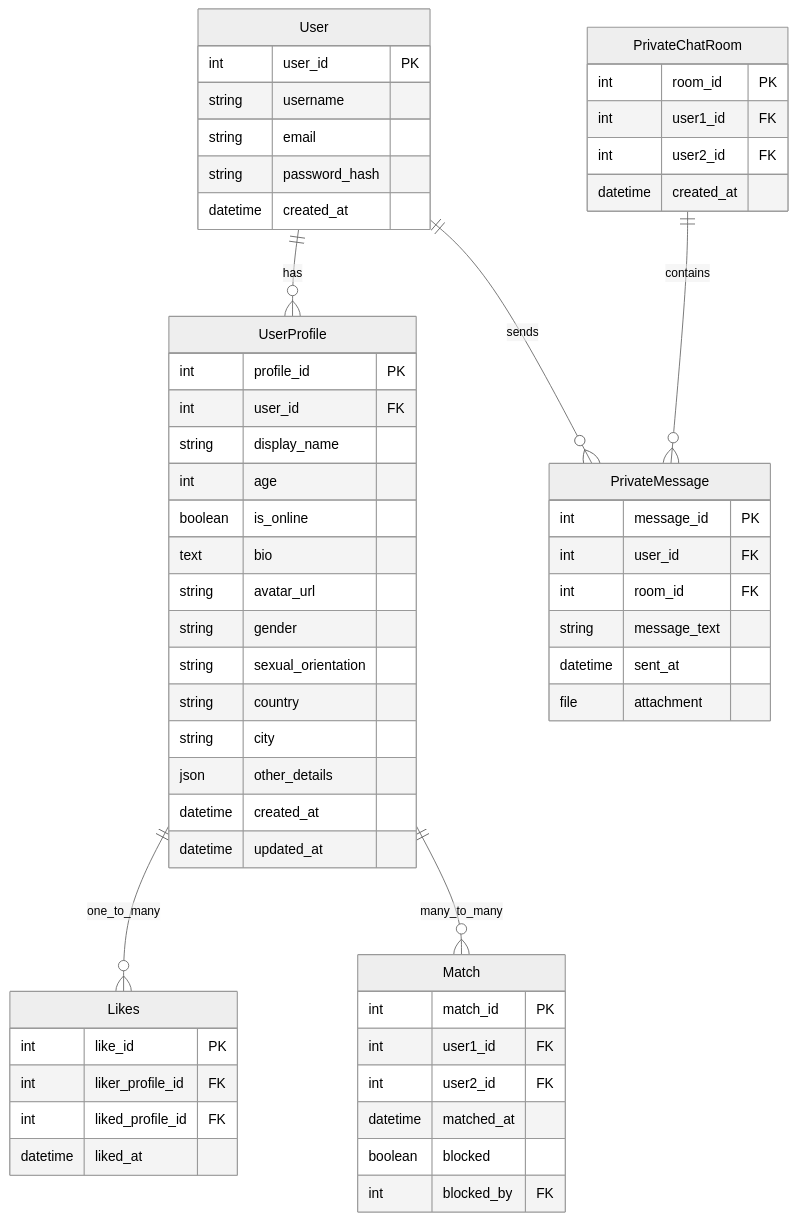
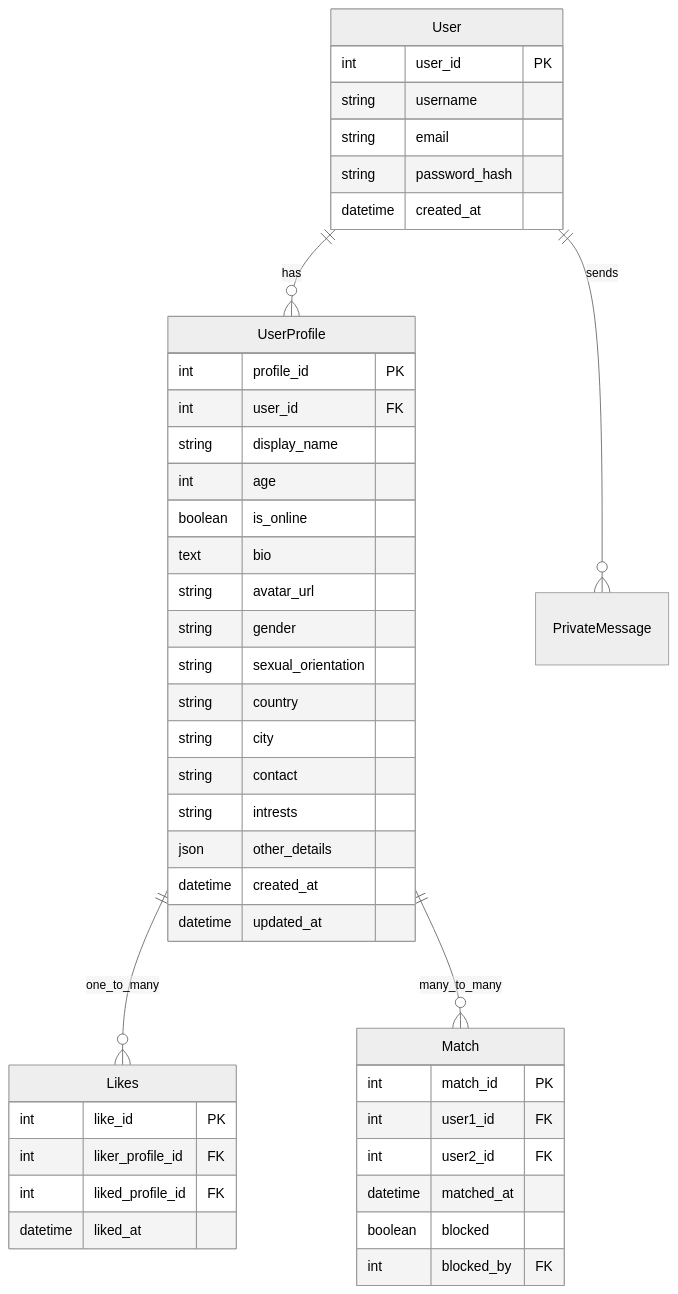
Before and after one commit to dimitri-edel/team-5: the diagram in README.md, drawn with Mermaid (neutral theme). The commit also changed 3 other files, not shown here.

Commit message:
update ERD in readme

````diff
--- a/README.md
+++ b/README.md
@@ -60,62 +60,49 @@
 ```mermaid
 erDiagram
     User {
         int user_id PK
         string username
         string email
         string password_hash
         datetime created_at
     }
     UserProfile {
         int profile_id PK
         int user_id FK
         string display_name
         int age
         boolean is_online
         text bio
         string avatar_url
         string gender
         string sexual_orientation
         string country
         string city
+        string contact
+        string intrests
         json other_details
         datetime created_at
         datetime updated_at
     }
-    PrivateChatRoom {
-        int room_id PK
-        int user1_id FK
-        int user2_id FK
-        datetime created_at
-    }    
-    PrivateMessage {
-        int message_id PK
-        int user_id FK
-        int room_id FK
-        string message_text
-        datetime sent_at
-        file attachment 
-    }   
     Match {
         int match_id PK
         int user1_id FK
         int user2_id FK
         datetime matched_at
         boolean blocked
         int blocked_by FK
     }
     %% blocked_by: user_id of the user who initiated the block
     
     Likes {
         int like_id PK
         int liker_profile_id FK
         int liked_profile_id FK
         datetime liked_at
     }
 
     User ||--o{ UserProfile : has
     User ||--o{ PrivateMessage : sends
-    PrivateChatRoom ||--o{ PrivateMessage : contains
     UserProfile ||--o{ Likes : one_to_many
-    UserProfile ||--o{ Match : many_to_many
+    UserProfile ||--o{ Match : many_to_many   
 ```
````
